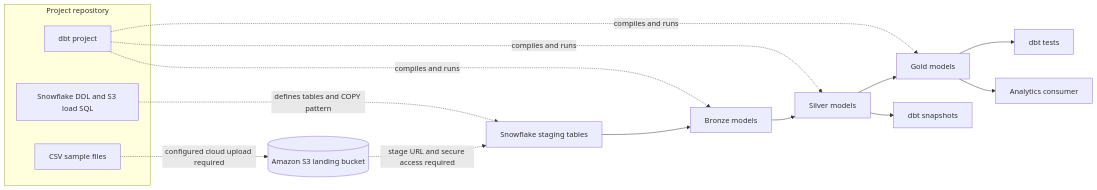
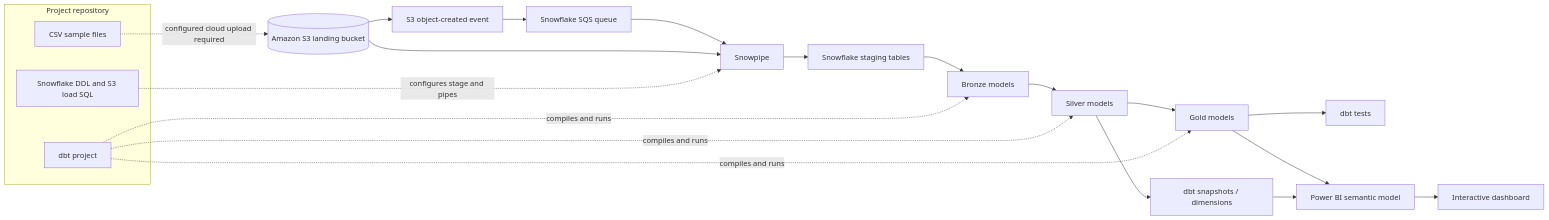
The first of 3 diagrams in README.md (yousseffwaleed/airbnb-enterprise-data-platform), drawn with Mermaid before and after one commit. The commit also changed other lines of this file and 11 other files, not shown here.

````diff
--- a/README.md
+++ b/README.md
@@ -26,21 +27,26 @@
 ```mermaid
 flowchart LR
     subgraph Repo[Project repository]
         CSV[CSV sample files]
         DDL[Snowflake DDL and S3 load SQL]
         DBT[dbt project]
     end
 
     CSV -. configured cloud upload required .-> S3[(Amazon S3 landing bucket)]
-    S3 -. stage URL and secure access required .-> RAW[Snowflake staging tables]
-    DDL -. defines tables and COPY pattern .-> RAW
+    S3 --> EVENT[S3 object-created event]
+    EVENT --> QUEUE[Snowflake SQS queue]
+    QUEUE --> PIPE[Snowpipe]
+    S3 --> PIPE --> RAW[Snowflake staging tables]
+    DDL -. configures stage and pipes .-> PIPE
     RAW --> BR[Bronze models]
     BR --> SI[Silver models]
     SI --> GO[Gold models]
-    SI --> SNAP[dbt snapshots]
+    SI --> SNAP[dbt snapshots / dimensions]
     GO --> TEST[dbt tests]
-    GO --> BI[Analytics consumer]
+    GO --> BI[Power BI semantic model]
+    SNAP --> BI
+    BI --> DASH[Interactive dashboard]
     DBT -. compiles and runs .-> BR
     DBT -. compiles and runs .-> SI
     DBT -. compiles and runs .-> GO
 ```
````
